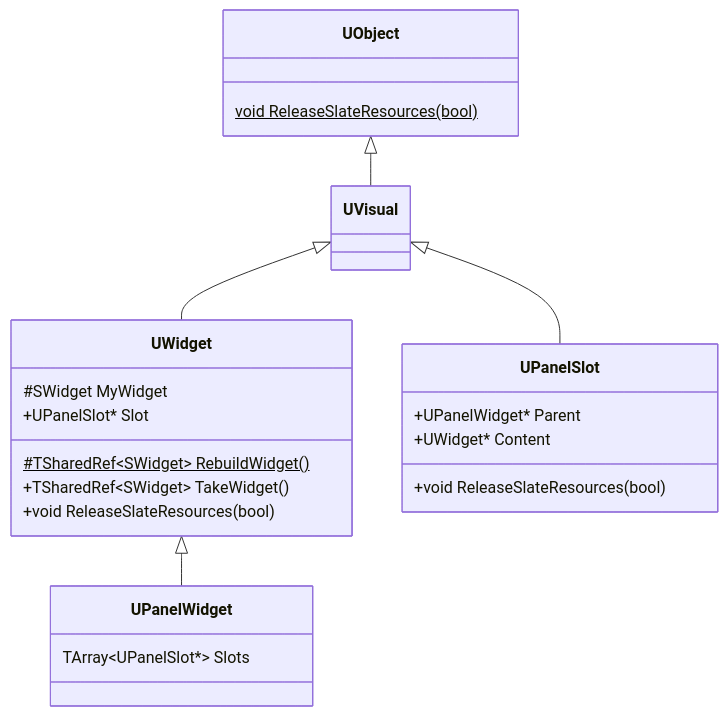
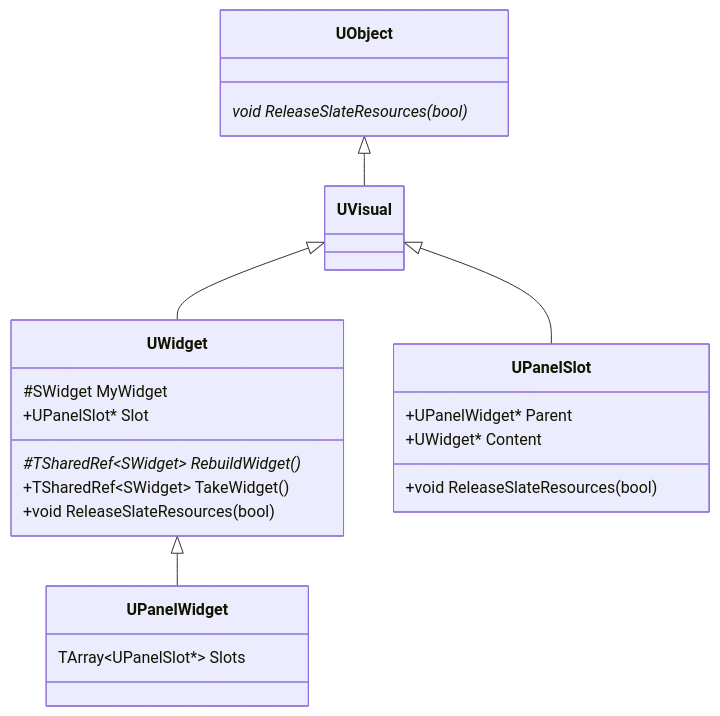
Before and after one commit to LiPlus123/Notes-on-UE5: the second of 6 diagrams in ui/umg.md, drawn with Mermaid. The commit also changed other lines of this file and 14 other files, not shown here.

````diff
--- a/ui/umg.md
+++ b/ui/umg.md
@@ -21,29 +21,29 @@
 ```mermaid
 classDiagram
     UObject <|-- UVisual
     UVisual <|-- UWidget
     UVisual <|-- UPanelSlot
     UWidget <|-- UPanelWidget
 
     class UObject {
-        void ReleaseSlateResources(bool)$
+        void ReleaseSlateResources(bool)*
     }
 
     class UWidget {
         #SWidget MyWidget
-        #TSharedRef~SWidget~ RebuildWidget()$
+        #TSharedRef~SWidget~ RebuildWidget()*
         +TSharedRef~SWidget~ TakeWidget()
         +void ReleaseSlateResources(bool)
         +UPanelSlot* Slot
     }
 
     class UPanelSlot {
         +UPanelWidget* Parent
         +UWidget* Content
         +void ReleaseSlateResources(bool)
     }
 
     class UPanelWidget {
         TArray~UPanelSlot*~ Slots
     }
 ```
````
